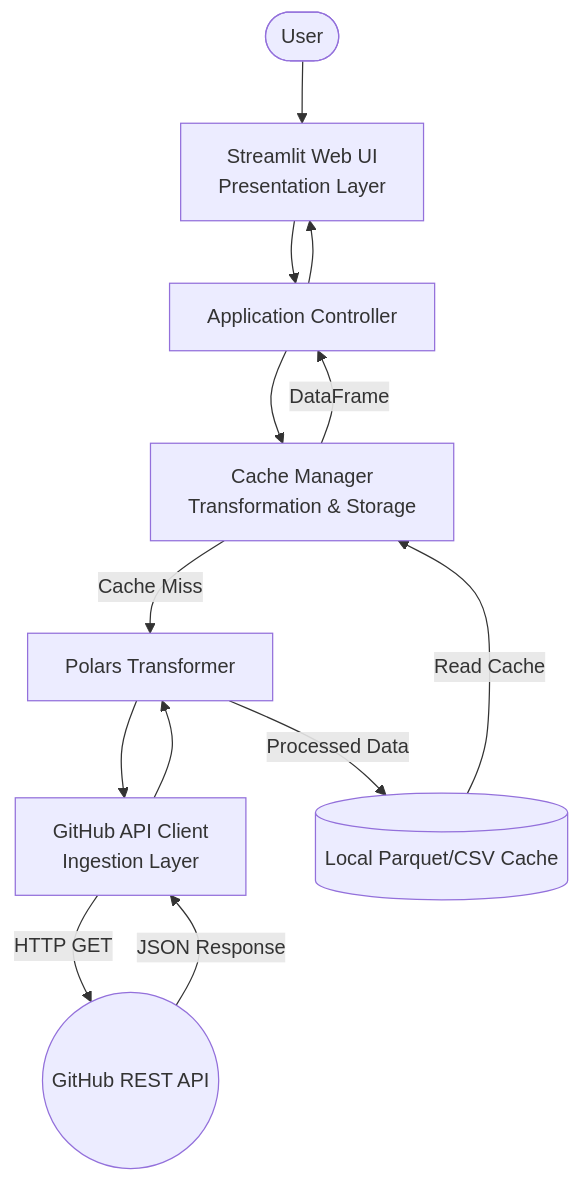
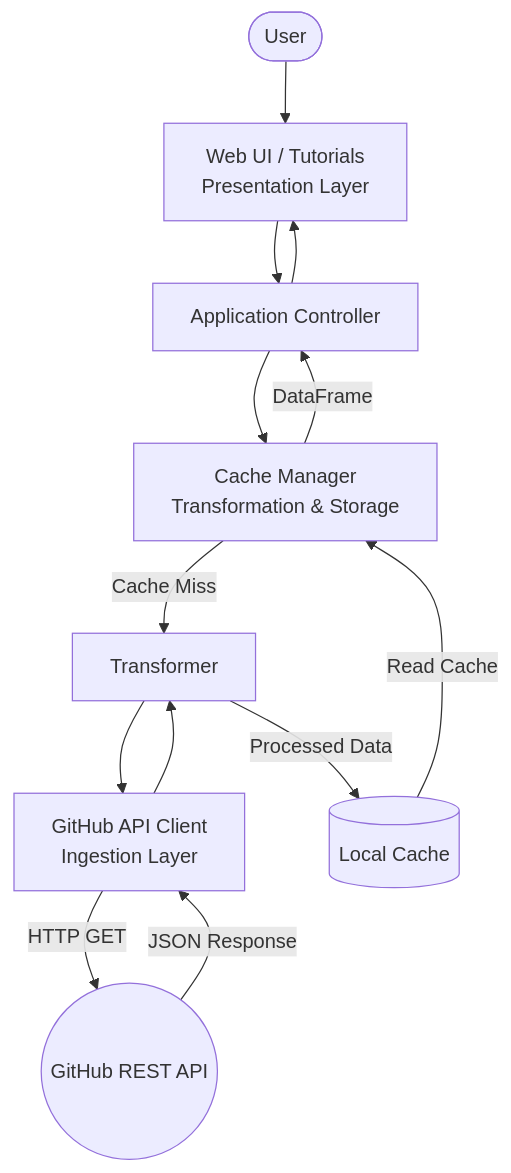
One commit to tsuyama1990/nitpick_test changed the diagram in README.md. Above: the diagram before and after it, drawn with Mermaid. The commit also changed other lines of this file and 18 other files, not shown here.

````diff
--- a/README.md
+++ b/README.md
@@ -24,15 +23,15 @@
 ```mermaid
 graph TD
-    User([User]) --> UI[Streamlit Web UI<br/>Presentation Layer]
+    User([User]) --> UI[Web UI / Tutorials<br/>Presentation Layer]
     UI --> AppLogic[Application Controller]
     AppLogic --> Cache[Cache Manager<br/>Transformation & Storage]
-    Cache -- Cache Miss --> Transformer[Polars Transformer]
+    Cache -- Cache Miss --> Transformer[Transformer]
     Transformer --> APIClient[GitHub API Client<br/>Ingestion Layer]
     APIClient -- HTTP GET --> GitHubAPI((GitHub REST API))
     GitHubAPI -- JSON Response --> APIClient
     APIClient --> Transformer
-    Transformer -- Processed Data --> DiskCache[(Local Parquet/CSV Cache)]
+    Transformer -- Processed Data --> DiskCache[(Local Cache)]
     DiskCache -- Read Cache --> Cache
     Cache -- DataFrame --> AppLogic
     AppLogic --> UI
 ```
````
